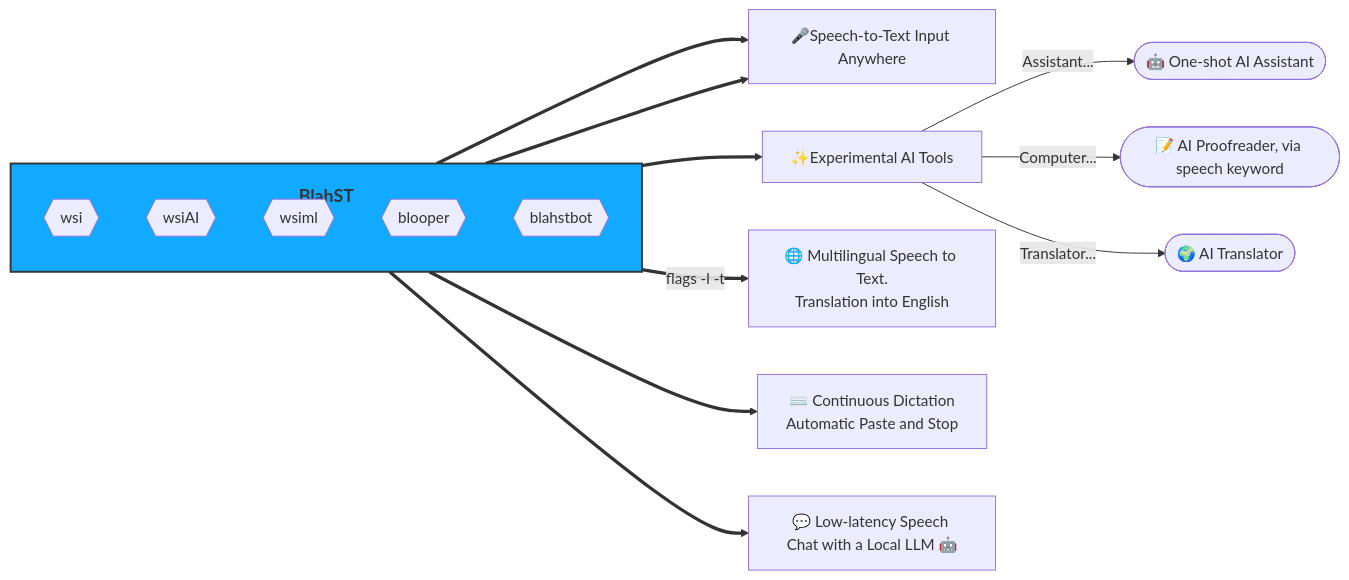
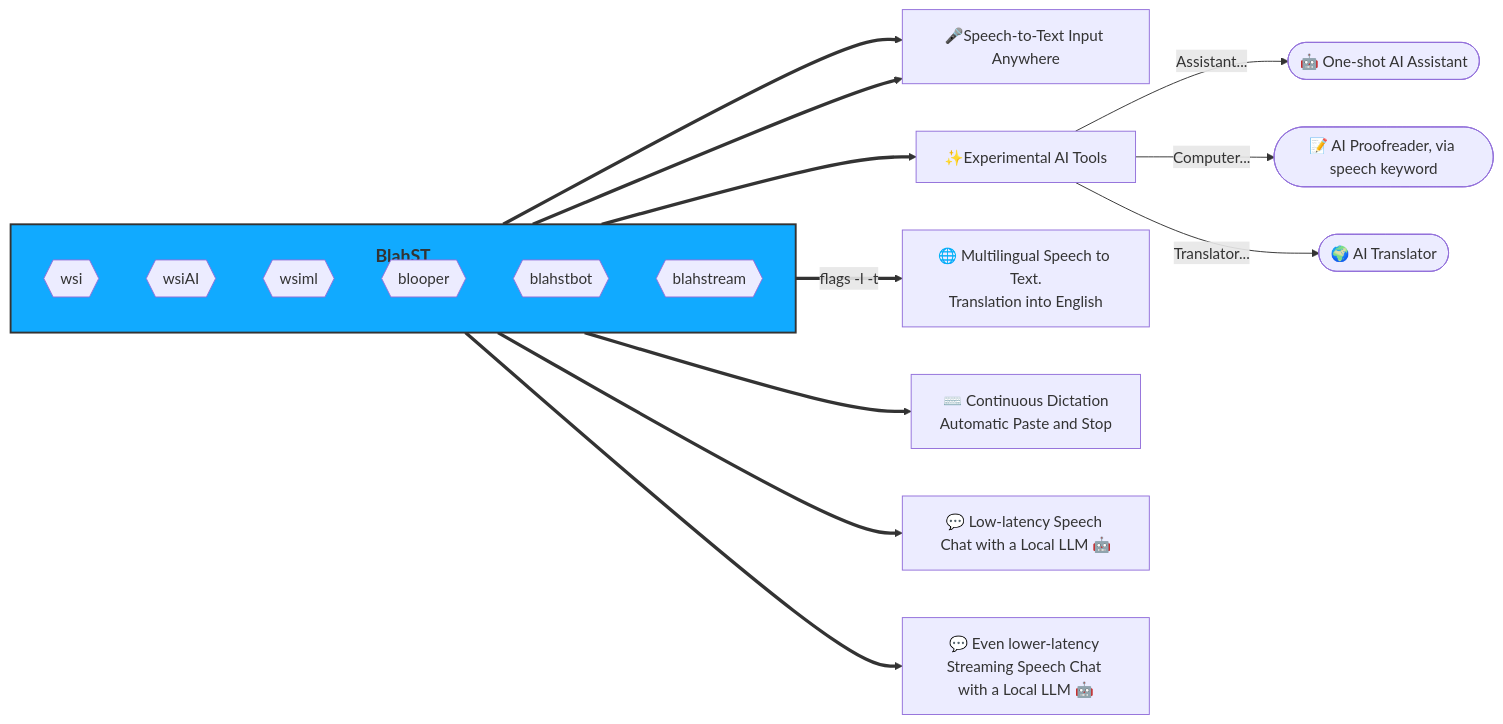
The diagram in README.md (QuantiusBenignus/BlahST), drawn with Mermaid before and after one commit. The commit also changed other lines of this file, not shown here.

First line of the commit message:
add blahstream

````diff
--- a/README.md
+++ b/README.md
@@ -40,22 +41,24 @@
 ```mermaid
 flowchart LR
     style net fill:#1af,stroke:#333,stroke-width:2px
     E0==>ST 
     E1 ==> ST[🎤Speech-to-Text Input Anywhere]
     E1 ==> D[✨Experimental AI Tools]
     E2 ==>|flags -l -t|Ml[🌐 Multilingual Speech to Text.
 Translation into English]
-    E3 ==> D1[⌨️ Continuous Dictation\n Automatic Paste and Stop]
+    E3 ==> D1[⌨️ Continuous Dictation <br> Automatic Paste and Stop]
 	   D -->|"Assistant..."| D6([🤖 One-shot AI Assistant])
      D -->|"Computer..."| D2([📝 AI Proofreader, via speech keyword])
 	   D --> |"Translator..."|D4([🌍 AI Translator])
     E4 ==> D3[💬 Low-latency Speech Chat with a Local LLM 🤖]
+    E5 ==> D7[💬 Even lower-latency Streaming Speech Chat with a Local LLM 🤖]
     subgraph net [<h3><b>BlahST<br></b></h3>]
 	   direction TB
 	   E0{{wsi}}
      E1{{wsiAI}}
      E2{{wsiml}}
      E3{{blooper}}
      E4{{blahstbot}}
+     E5{{blahstream}}
     end
 ```
````
